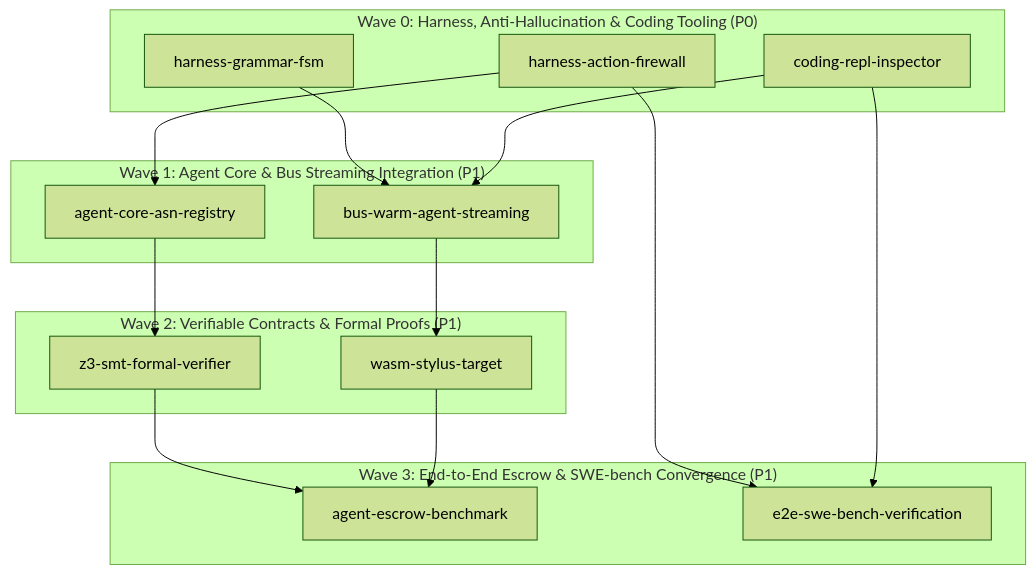
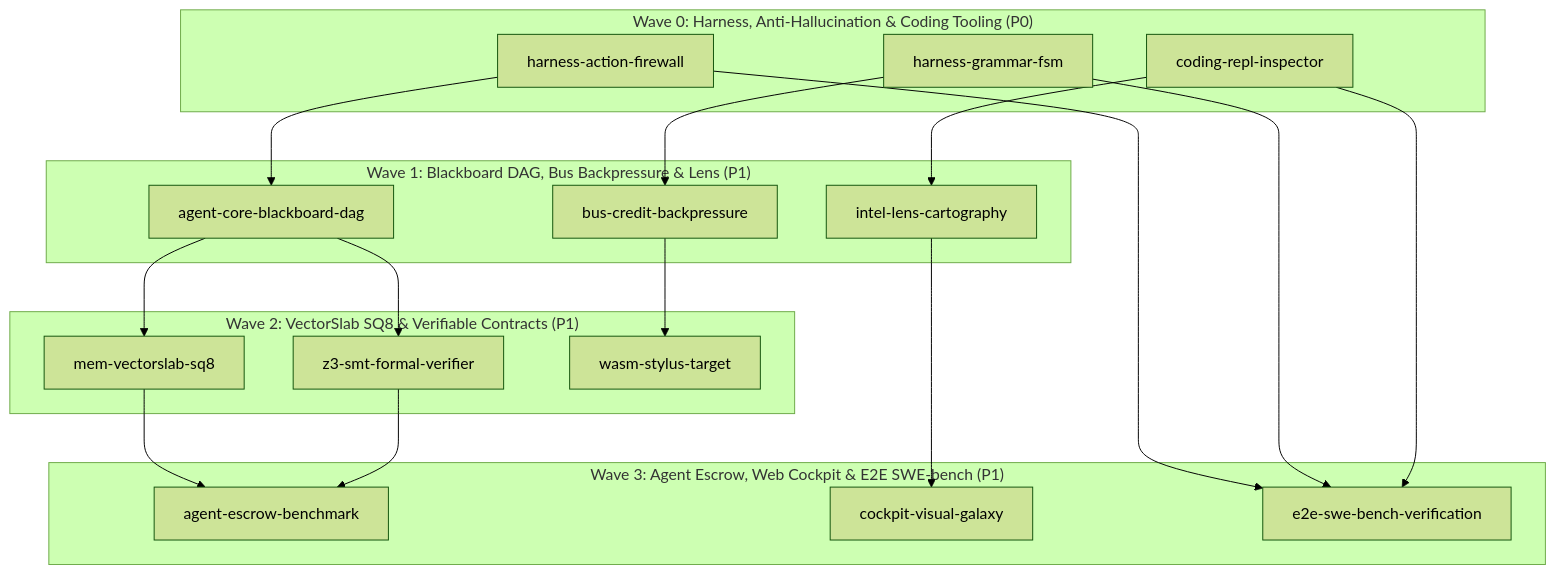
The diagram in .plans/PHASES.md (GenSEAM/harness), drawn with Mermaid (forest theme) before and after one commit. The commit also changed other lines of this file and 1 other file, not shown here.

Commit message:
docs(plans): expand master roadmap with Cognitive Gateway, Blackboard DAG, VectorSlab SQ8, and Lens

````diff
--- a/.plans/PHASES.md
+++ b/.plans/PHASES.md
@@ -3,33 +3,39 @@
 ```mermaid
 graph TD
     subgraph Wave0 ["Wave 0: Harness, Anti-Hallucination & Coding Tooling (P0)"]
         W0_1["harness-action-firewall"]
         W0_2["harness-grammar-fsm"]
         W0_3["coding-repl-inspector"]
     end
 
-    subgraph Wave1 ["Wave 1: Agent Core & Bus Streaming Integration (P1)"]
-        W1_1["agent-core-asn-registry"]
-        W1_2["bus-warm-agent-streaming"]
+    subgraph Wave1 ["Wave 1: Blackboard DAG, Bus Backpressure & Lens (P1)"]
+        W1_1["agent-core-blackboard-dag"]
+        W1_2["bus-credit-backpressure"]
+        W1_3["intel-lens-cartography"]
     end
 
-    subgraph Wave2 ["Wave 2: Verifiable Contracts & Formal Proofs (P1)"]
-        W2_1["z3-smt-formal-verifier"]
-        W2_2["wasm-stylus-target"]
+    subgraph Wave2 ["Wave 2: VectorSlab SQ8 & Verifiable Contracts (P1)"]
+        W2_1["mem-vectorslab-sq8"]
+        W2_2["z3-smt-formal-verifier"]
+        W2_3["wasm-stylus-target"]
     end
 
-    subgraph Wave3 ["Wave 3: End-to-End Escrow & SWE-bench Convergence (P1)"]
+    subgraph Wave3 ["Wave 3: Agent Escrow, Web Cockpit & E2E SWE-bench (P1)"]
         W3_1["agent-escrow-benchmark"]
-        W3_2["e2e-swe-bench-verification"]
+        W3_2["cockpit-visual-galaxy"]
+        W3_3["e2e-swe-bench-verification"]
     end
 
     W0_1 --> W1_1
     W0_2 --> W1_2
-    W0_3 --> W1_2
+    W0_3 --> W1_3
     W1_1 --> W2_1
-    W1_2 --> W2_2
+    W1_1 --> W2_2
+    W1_2 --> W2_3
     W2_1 --> W3_1
     W2_2 --> W3_1
-    W0_1 --> W3_2
-    W0_3 --> W3_2
+    W1_3 --> W3_2
+    W0_1 --> W3_3
+    W0_2 --> W3_3
+    W0_3 --> W3_3
 ```
````
